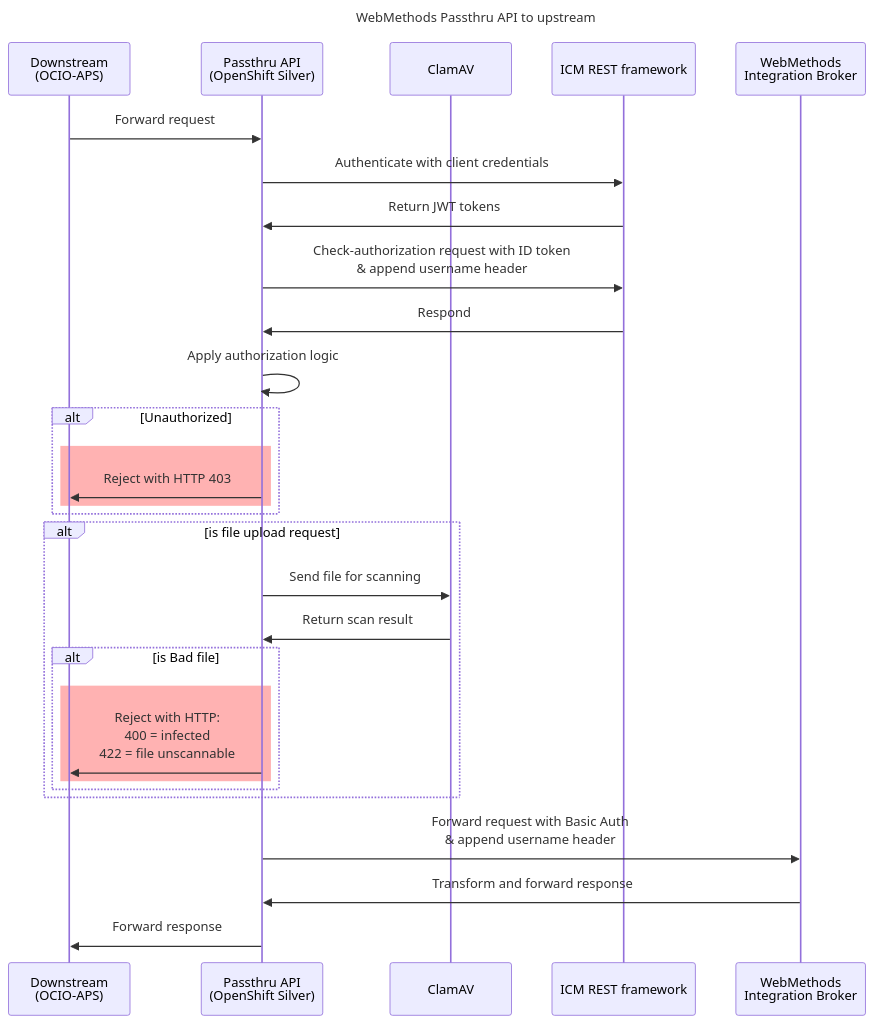
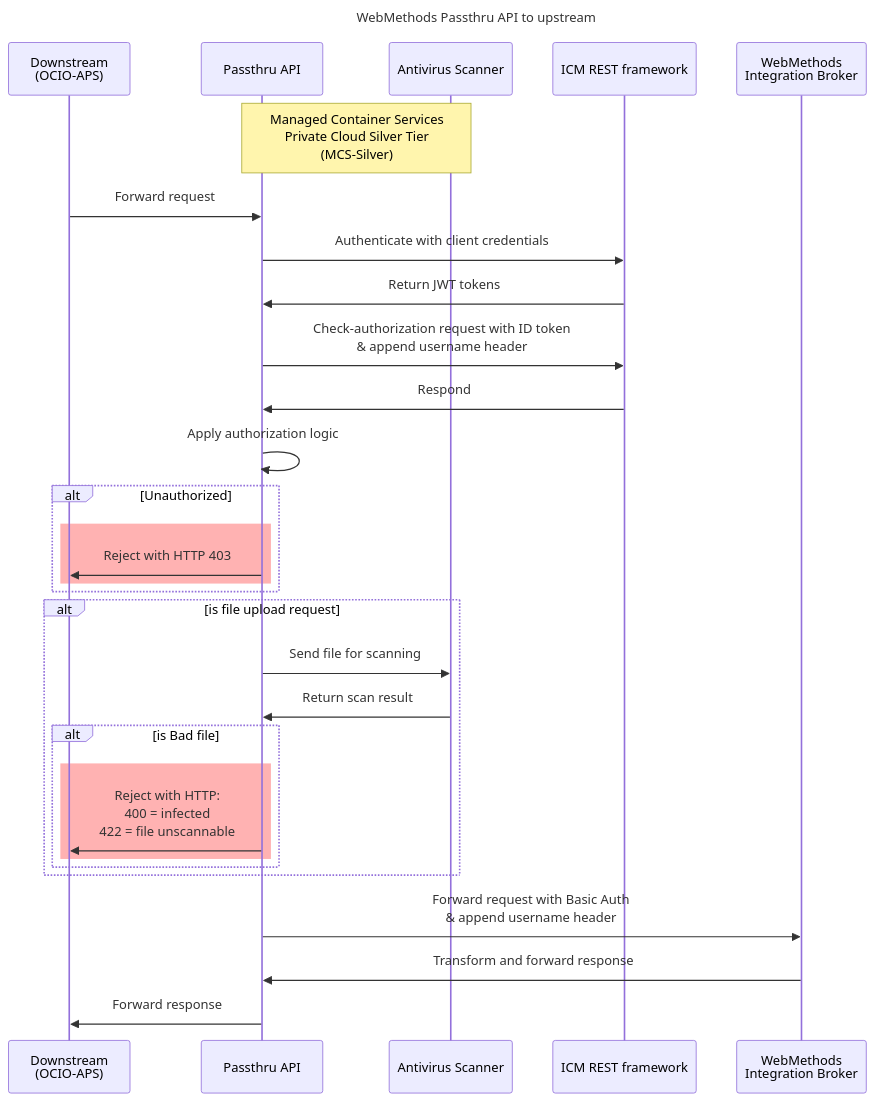
Before and after one commit to bcgov/mcfd-mobility-webmethods-passthru: the diagram in docs/design/api-to-upstream-sequence.md, drawn with Mermaid. The commit also changed 2 other files, not shown here.

Commit message:
Use more generic descriptions

````diff
--- a/docs/design/api-to-upstream-sequence.md
+++ b/docs/design/api-to-upstream-sequence.md
@@ -1,39 +1,40 @@
 ```mermaid
 ---
 title: WebMethods Passthru API to upstream
 ---
 sequenceDiagram
   participant Down as Downstream<br/>(OCIO-APS)
-  participant Api as Passthru API<br/>(OpenShift Silver)
-  participant Clam as ClamAV
+  participant Api as Passthru API
+  participant Clam as Antivirus Scanner
   participant Icm as ICM REST framework
   participant Webm as WebMethods<br/>Integration Broker
+  note over Api,Clam: Managed Container Services <br> Private Cloud Silver Tier <br> (MCS-Silver)
 
   Down->>Api: Forward request
 
   Api->>Icm: Authenticate with client credentials
   Icm->>Api: Return JWT tokens
   Api->>Icm: Check-authorization request with ID token <br/>& append username header
   Icm->>Api: Respond
 
   Api->>Api: Apply authorization logic
   alt Unauthorized
     rect rgba(255, 0, 0, 0.3)
       Api->>Down: Reject with HTTP 403
     end
   end
 
   alt is file upload request
     Api->>Clam: Send file for scanning
     Clam->>Api: Return scan result
     alt is Bad file
       rect rgba(255, 0, 0, 0.3)
         Api->>Down: Reject with HTTP:<br/>400 = infected<br/>422 = file unscannable
       end
     end
   end
 
   Api->>Webm: Forward request with Basic Auth <br/>& append username header
   Webm->>Api: Transform and forward response
   Api->>Down: Forward response
 ```
````
